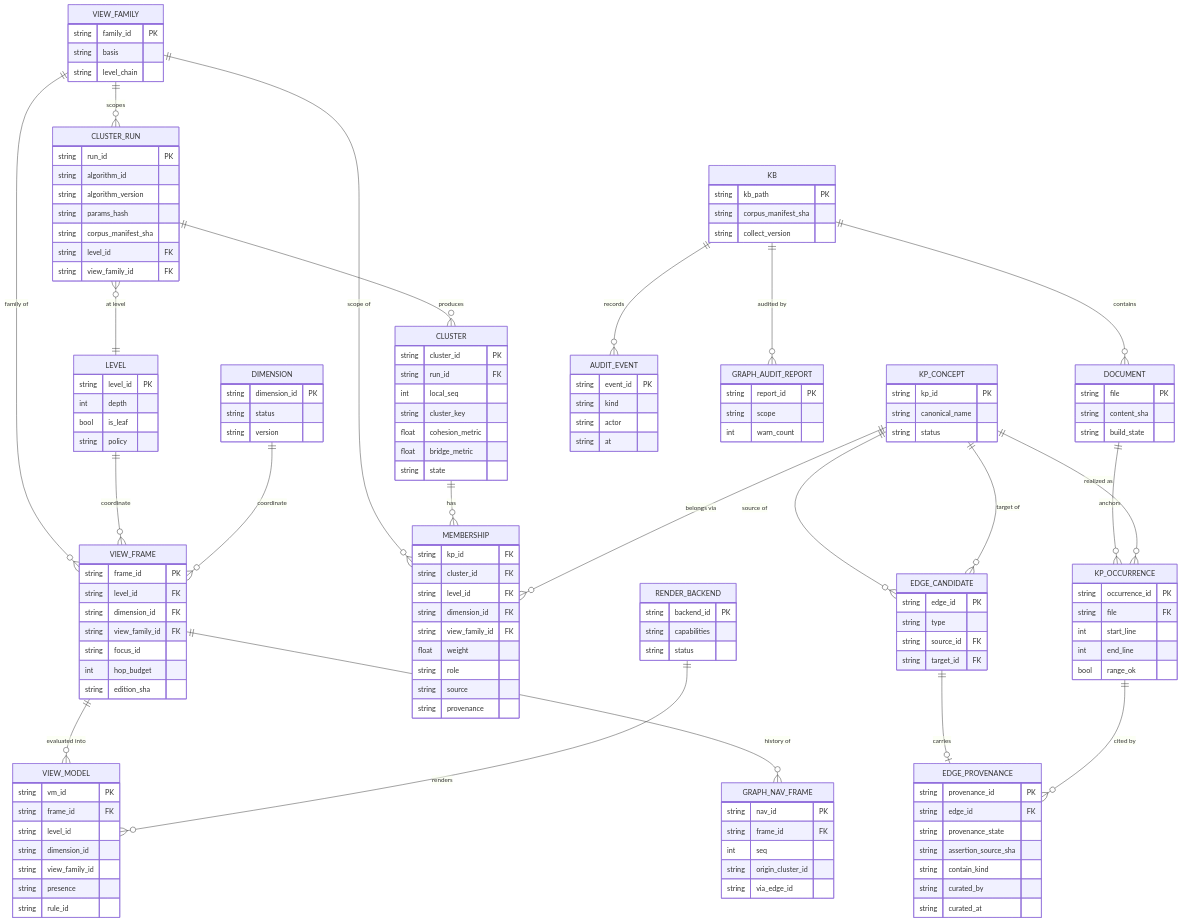
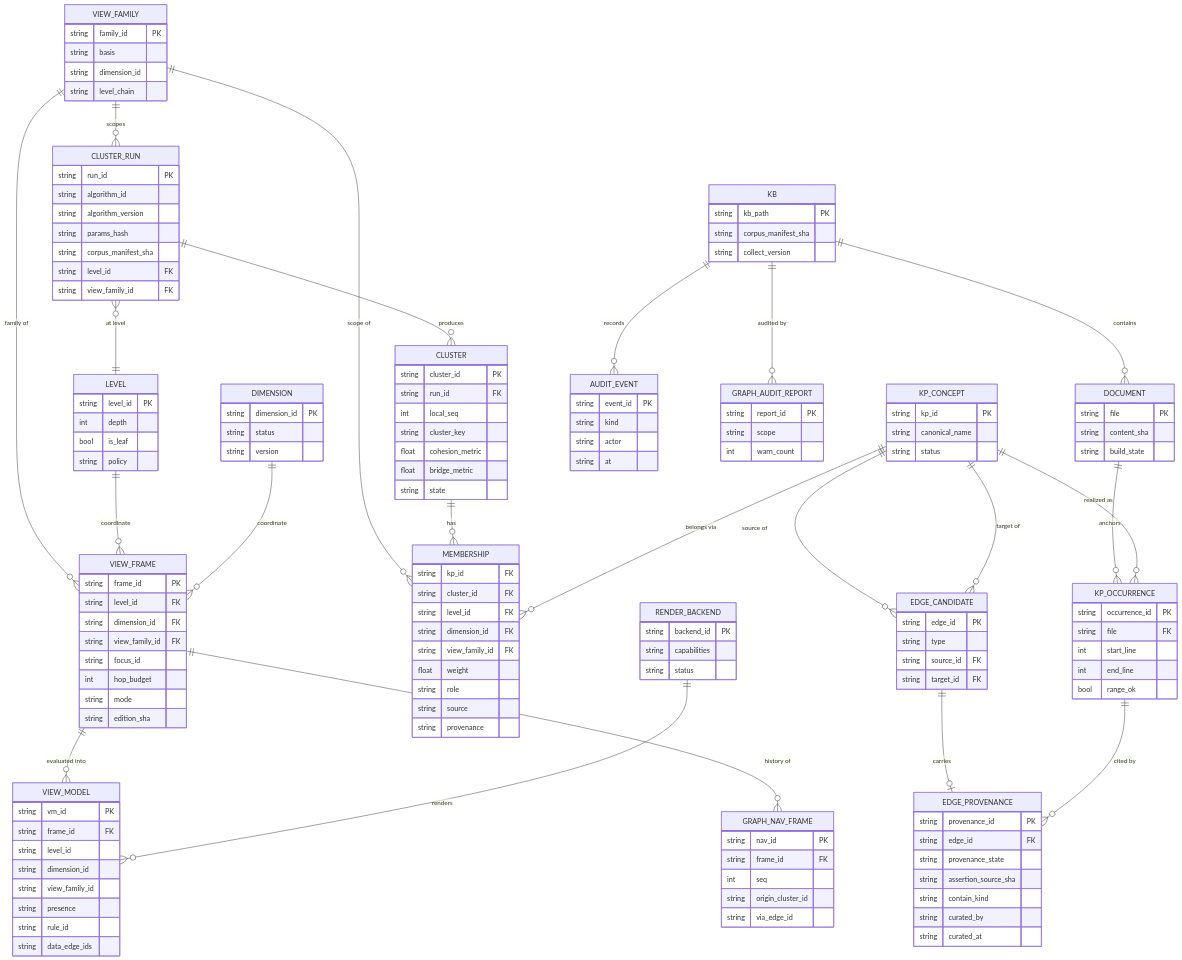
Before and after one commit to Fresh-Tim-Lam/Memoria: the first of 3 diagrams in docs/design/multilevel-graph/ENGINEERING-PLAN.md, drawn with Mermaid. The commit also changed other lines of this file and 6 other files, not shown here.

```diff
--- a/docs/design/multilevel-graph/ENGINEERING-PLAN.md
+++ b/docs/design/multilevel-graph/ENGINEERING-PLAN.md
@@ -143,6 +143,7 @@
     VIEW_FAMILY {
         string family_id PK
         string basis
+        string dimension_id
         string level_chain
     }
     DIMENSION {
@@ -157,6 +158,7 @@
         string view_family_id FK
         string focus_id
         int hop_budget
+        string mode
         string edition_sha
     }
     VIEW_MODEL {
@@ -167,6 +169,7 @@
         string view_family_id
         string presence
         string rule_id
+        string data_edge_ids
     }
     GRAPH_NAV_FRAME {
         string nav_id PK
```
